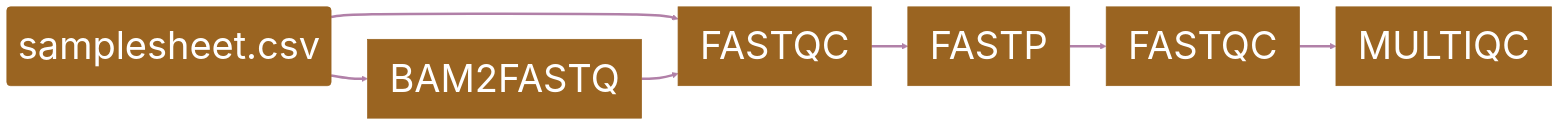
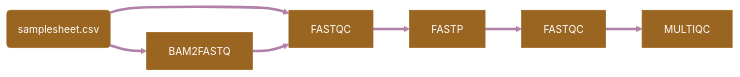
The diagram in README.md (GallVp/prepngs), drawn with Mermaid before and after one commit.

Commit message:
Updated flowchart

````diff
--- a/README.md
+++ b/README.md
@@ -15,22 +15,22 @@
 ```mermaid
 %%{init: {
     'theme': 'base',
     'themeVariables': {
-    'fontSize': '52px",
+    'fontSize': '14px",
     'primaryColor': '#9A6421',
     'primaryTextColor': '#ffffff',
     'primaryBorderColor': '#9A6421',
     'lineColor': '#B180A8',
     'secondaryColor': '#455C58',
     'tertiaryColor': '#ffffff'
   }
 }}%%
 flowchart LR
   samplesheet(samplesheet.csv) ==> BAM2FASTQ
   samplesheet(samplesheet.csv) ==> FASTQC
 
   BAM2FASTQ ==> FASTQC
   FASTQC ==> FASTP
   FASTP ==> FASTQC2[FASTQC]
   FASTQC2 ==> MULTIQC
 ```
````
